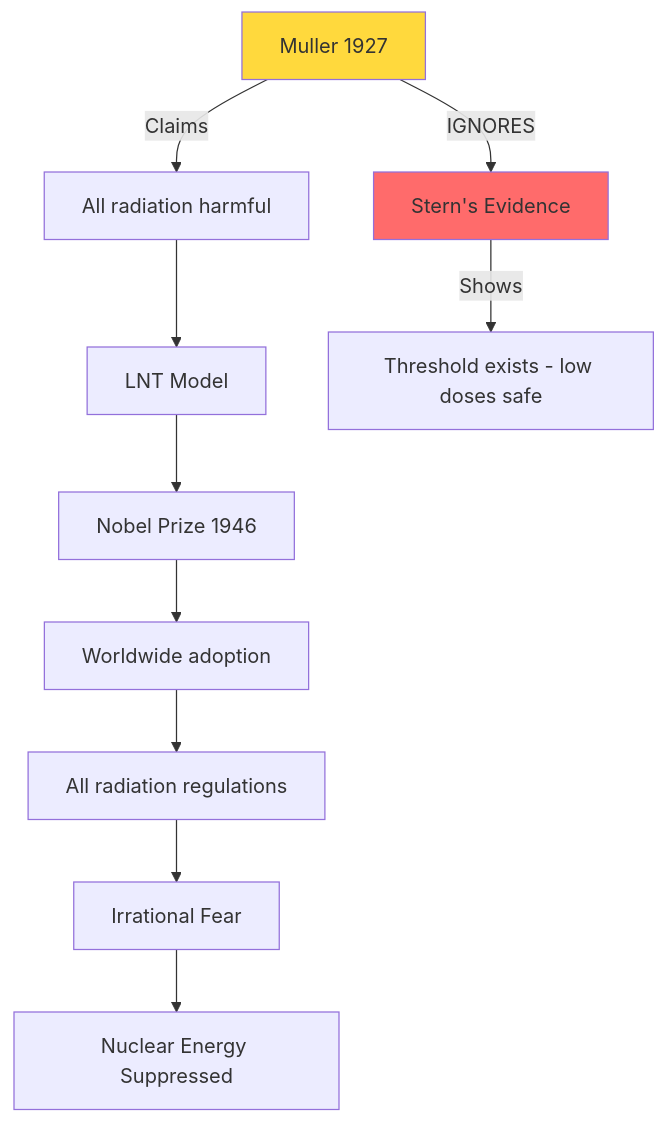
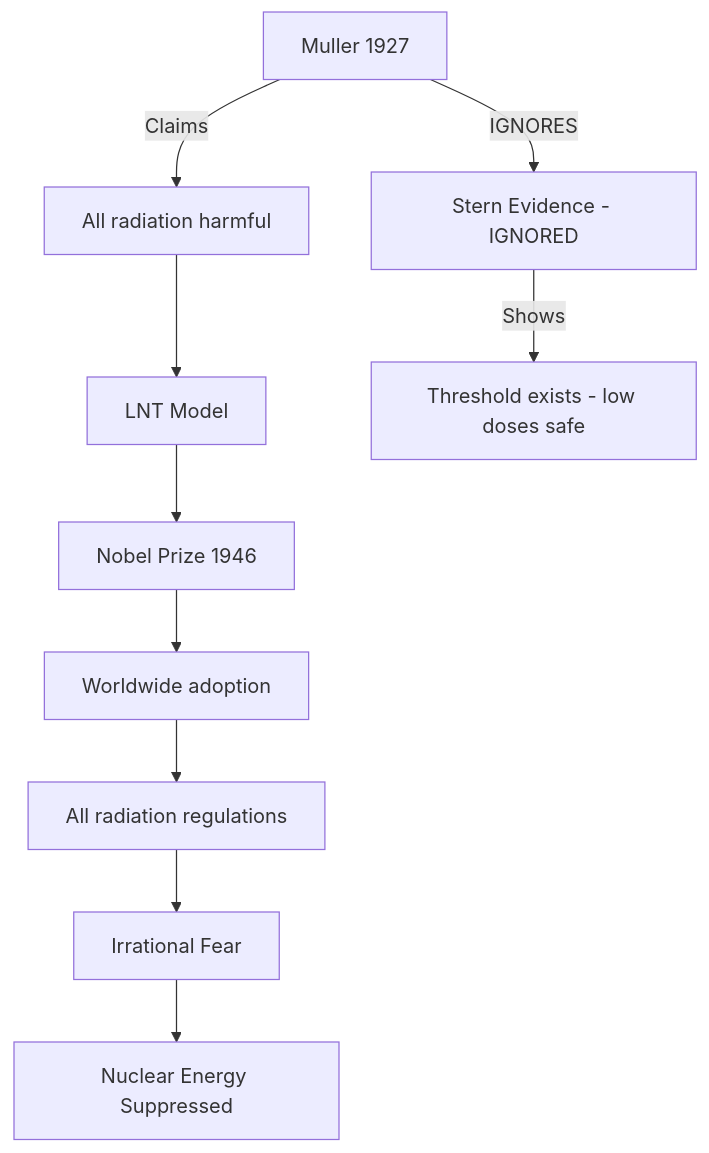
The third of 5 diagrams in science-tech/Giải Mã Năng Lượng Hạt Nhân & Cú Lừa Phóng Xạ.md (dyukahi/knowledge), drawn with Mermaid before and after one commit. The commit also changed other lines of this file, not shown here.

Commit message:
fix: remove custom colors from Mermaid diagrams

````diff
--- a/science-tech/Giải Mã Năng Lượng Hạt Nhân & Cú Lừa Phóng Xạ.md
+++ b/science-tech/Giải Mã Năng Lượng Hạt Nhân & Cú Lừa Phóng Xạ.md
@@ -166,18 +166,15 @@
 ```mermaid
 flowchart TD
     M[Muller 1927] --> |Claims| A[All radiation harmful]
     A --> L[LNT Model]
     
-    S[Stern's Evidence] --> |Shows| T[Threshold exists - low doses safe]
+    S[Stern Evidence - IGNORED] --> |Shows| T[Threshold exists - low doses safe]
     M --> |IGNORES| S
     
     L --> N[Nobel Prize 1946]
     N --> W[Worldwide adoption]
     W --> R[All radiation regulations]
     
     R --> F[Irrational Fear]
     F --> SN[Nuclear Energy Suppressed]
-    
-    style S fill:#ff6b6b
-    style M fill:#ffd93d
 ```
````
